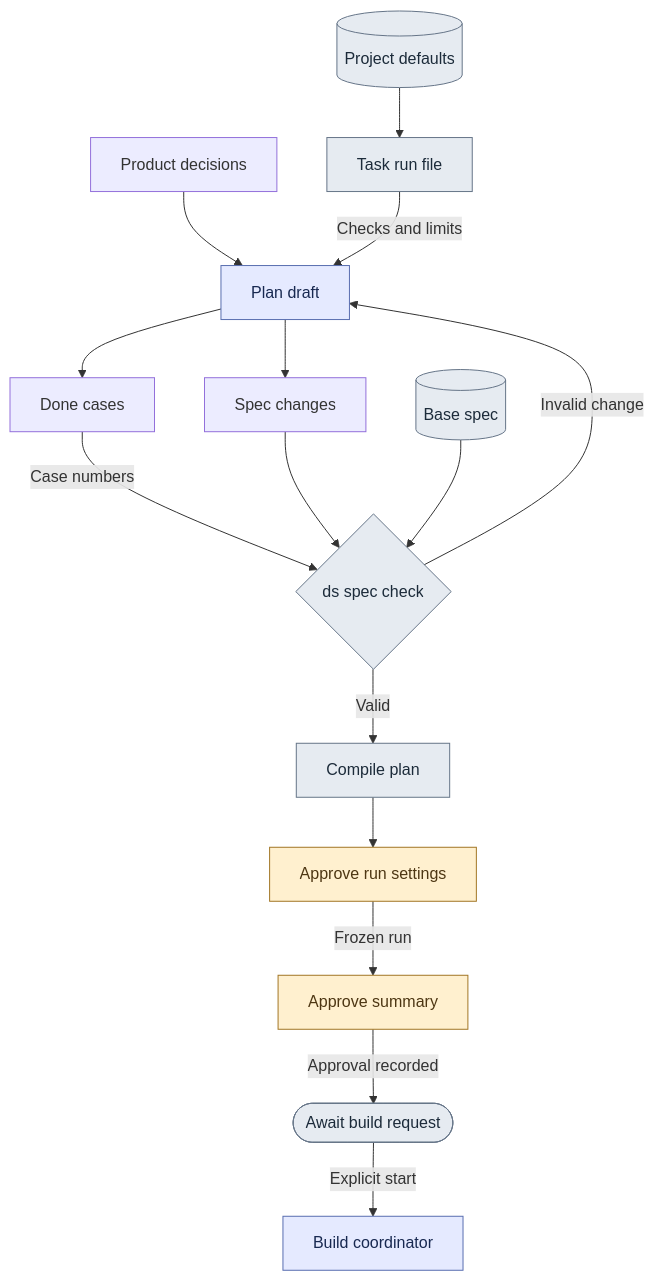
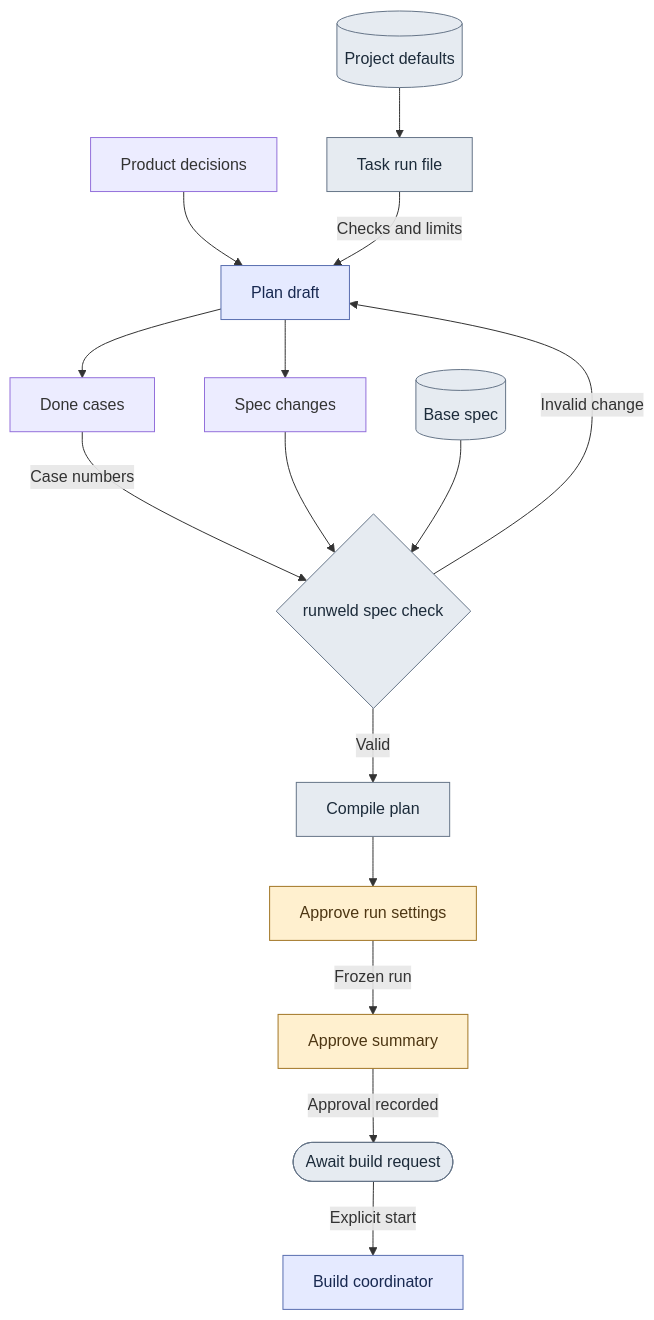
The third of 6 diagrams in README.md (bmox0/dev-skills), drawn with Mermaid before and after one commit. The commit also changed other lines of this file and 38 other files, not shown here.

Commit message:
feat(cli): rename the workflow CLI and entry skill to runweld

````diff
--- a/README.md
+++ b/README.md
@@ -125,20 +125,20 @@
 ```mermaid
 flowchart TD
     config[("Project defaults")]:::cli --> run["Task run file"]:::cli
     decisions["Product decisions"] --> plan["Plan draft"]:::primary
     run -->|"Checks and limits"| plan
     plan --> cases["Done cases"]
     plan --> delta["Spec changes"]
-    cases -->|"Case numbers"| check{"ds spec check"}:::cli
+    cases -->|"Case numbers"| check{"runweld spec check"}:::cli
     delta --> check
     base[("Base spec")]:::cli --> check
     check -->|"Invalid change"| plan
     check -->|"Valid"| compile["Compile plan"]:::cli
     compile --> approve["Approve run settings"]:::human
     approve -->|"Frozen run"| summary["Approve summary"]:::human
     summary -->|"Approval recorded"| wait(["Await build request"]):::cli
     wait -->|"Explicit start"| coordinator["Build coordinator"]:::primary
     classDef primary fill:#e5eaff,stroke:#596eb0,color:#182951
     classDef cli fill:#e6ebf1,stroke:#667588,color:#1c2b3a
     classDef human fill:#fff0cf,stroke:#a27625,color:#4d3613
 ```
````
